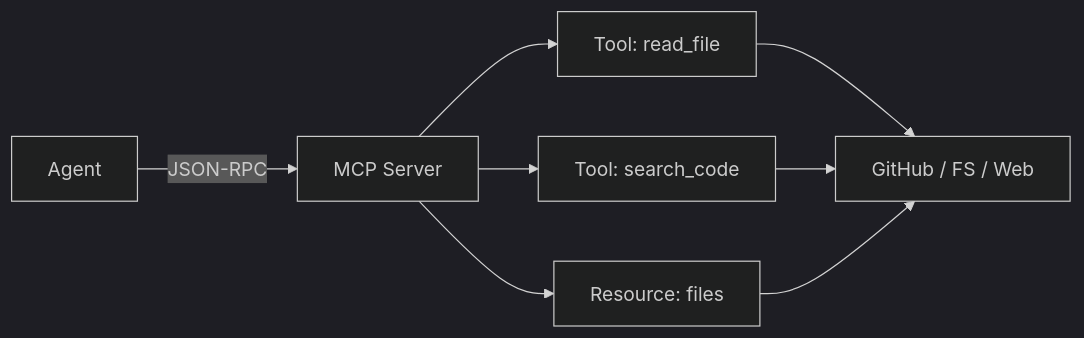
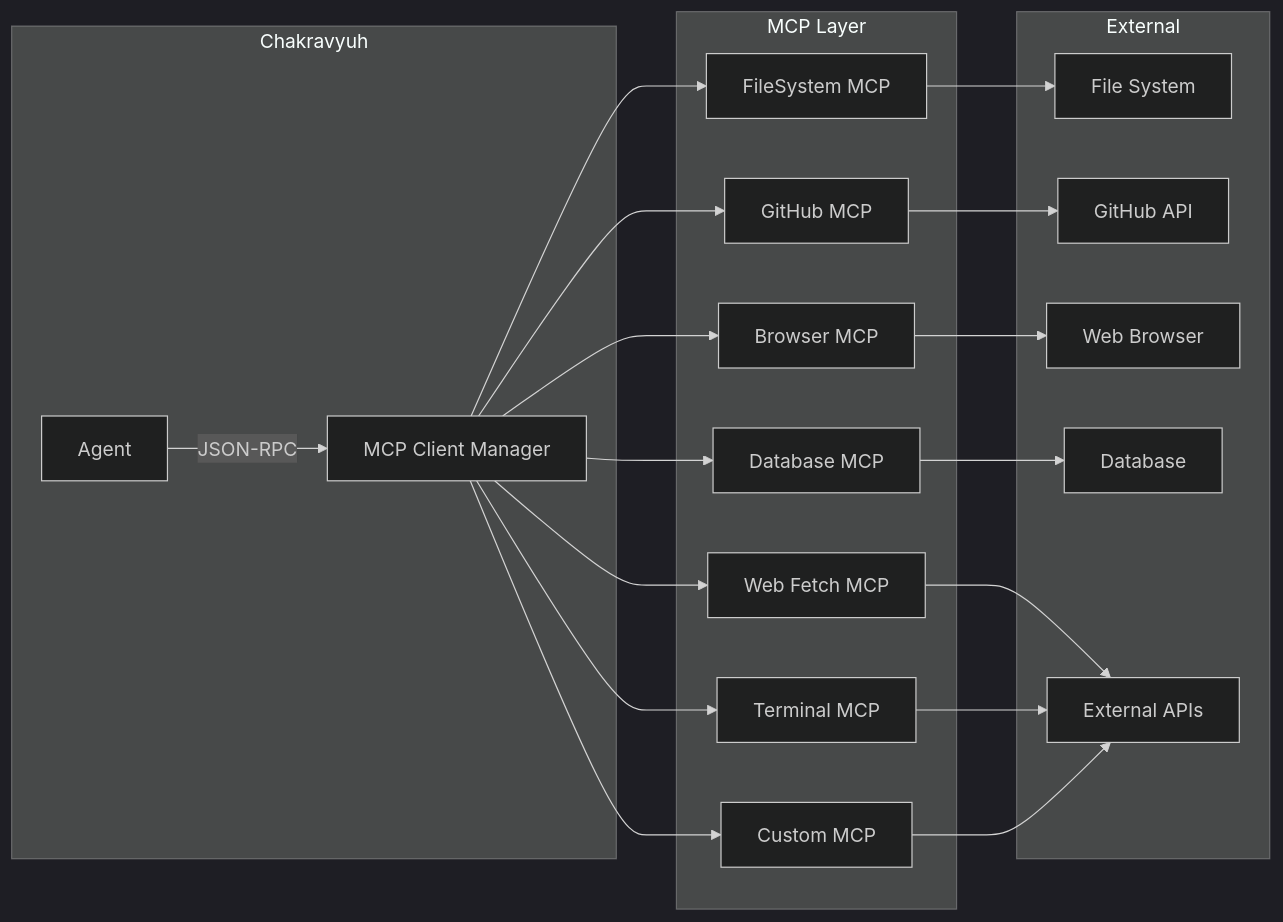
The first of 2 diagrams in docs/MCP_SERVERS.md (krushna081/chakravyuh-ai), drawn with Mermaid (dark theme) before and after one commit. The commit also changed other lines of this file and 41 other files, not shown here.

````diff
--- a/docs/MCP_SERVERS.md
+++ b/docs/MCP_SERVERS.md
@@ -7,8 +9,33 @@
 ```mermaid
 graph LR
-    Agent -->|JSON-RPC| MCP_Server[MCP Server]
-    MCP_Server --> Tool1[Tool: read_file]
-    MCP_Server --> Tool2[Tool: search_code]
-    MCP_Server --> Resource[Resource: files]
-    Tool1 & Tool2 & Resource --> External[GitHub / FS / Web]
+    subgraph "Chakravyuh"
+        AGENT[Agent]
+        MCP_CLIENT[MCP Client Manager]
+    end
+
+    subgraph "MCP Layer"
+        FS[FileSystem MCP]
+        GH[GitHub MCP]
+        BR[Browser MCP]
+        DB[Database MCP]
+        WEB[Web Fetch MCP]
+        TERM[Terminal MCP]
+        CUSTOM[Custom MCP]
+    end
+
+    subgraph "External"
+        EXT_FS[File System]
+        EXT_GH[GitHub API]
+        EXT_WEB[Web Browser]
+        EXT_DB[Database]
+        EXT_API[External APIs]
+    end
+
+    AGENT -->|JSON-RPC| MCP_CLIENT
+    MCP_CLIENT --> FS & GH & BR & DB & WEB & TERM & CUSTOM
+    FS --> EXT_FS
+    GH --> EXT_GH
+    BR --> EXT_WEB
+    DB --> EXT_DB
+    WEB & TERM & CUSTOM --> EXT_API
 ```
````
